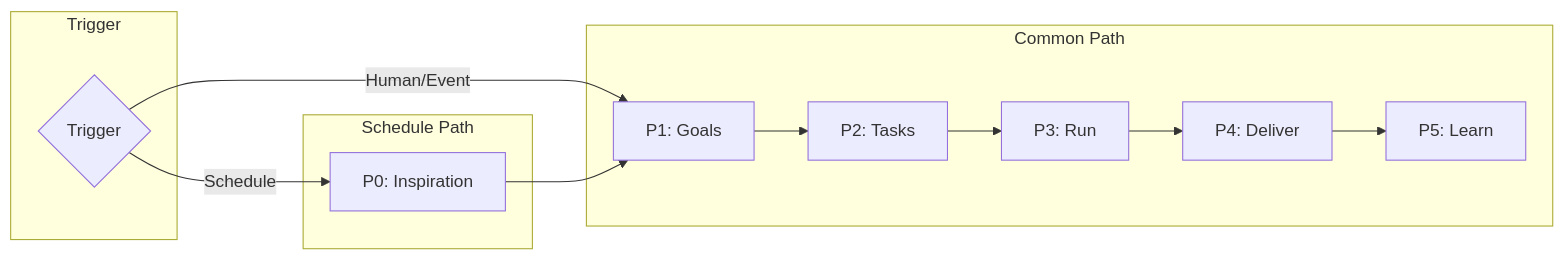
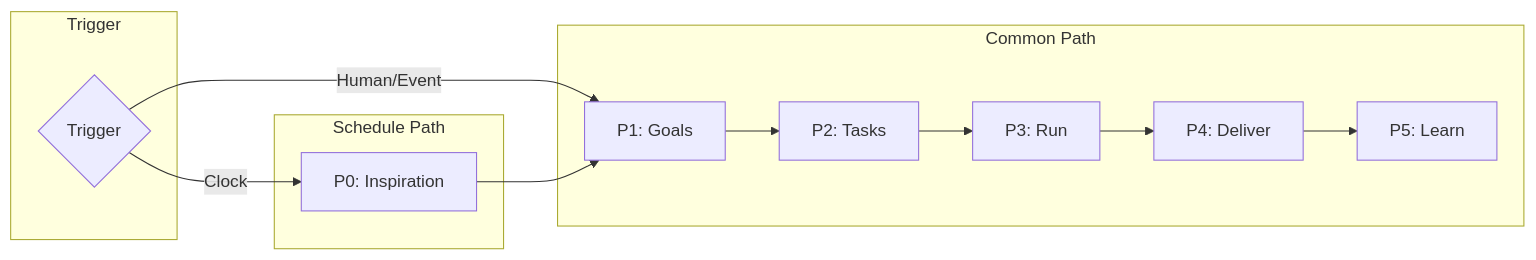
Before and after one commit to YaoApp/yao: the fourth of 5 diagrams in agent/autonomous/DESIGN.md, drawn with Mermaid. The commit also changed other lines of this file, not shown here.

First line of the commit message:
Update Autonomous Agent Design Document to Replace Schedule with Clock Trigger

````diff
--- a/agent/autonomous/DESIGN.md
+++ b/agent/autonomous/DESIGN.md
@@ -534,23 +555,23 @@
 ```mermaid
 flowchart LR
     subgraph Trigger
         T{Trigger}
     end
 
     subgraph Schedule Path
         P0[P0: Inspiration]
     end
 
     subgraph Common Path
         P1[P1: Goals]
         P2[P2: Tasks]
         P3[P3: Run]
         P4[P4: Deliver]
         P5[P5: Learn]
     end
 
-    T -->|Schedule| P0
+    T -->|Clock| P0
     T -->|Human/Event| P1
     P0 --> P1
     P1 --> P2 --> P3 --> P4 --> P5
 ```
````
